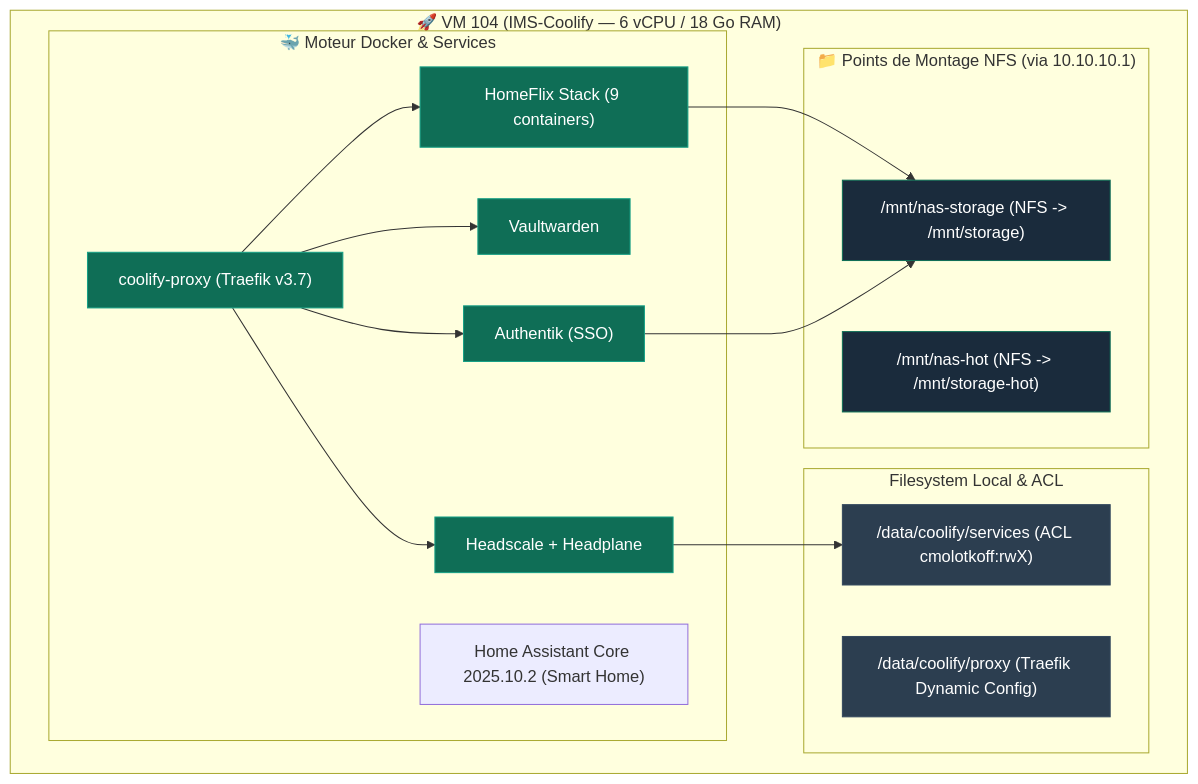
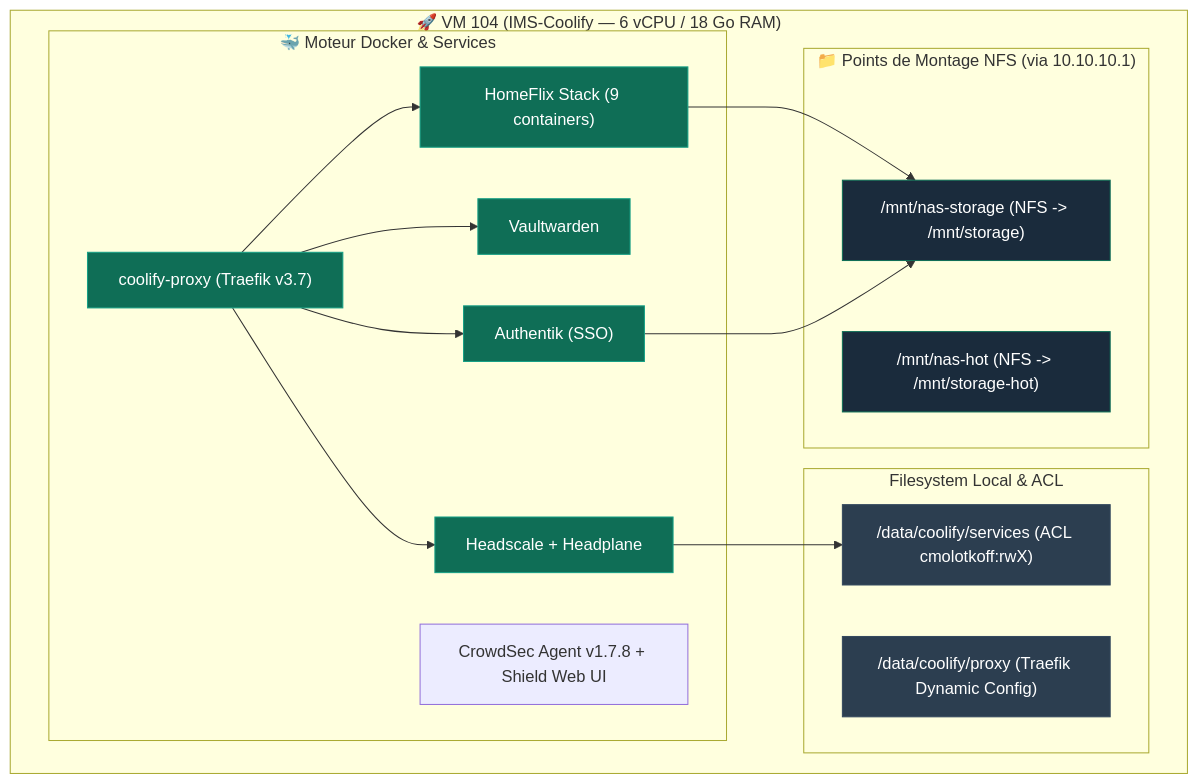
One commit to ims-world/docs changed the diagram in infrastructure/vm-coolify.md. Above: the diagram before and after it, drawn with Mermaid. The commit also changed 8 other files, not shown here.

Commit message:
docs: ajout de la fiche service CrowdSec & Shield Web UI, documentation du plugin Traefik, WAF AppSec et allowlists

````diff
--- a/infrastructure/vm-coolify.md
+++ b/infrastructure/vm-coolify.md
@@ -34,39 +34,39 @@
 ```mermaid
 graph TD
     subgraph VM ["🚀 VM 104 (IMS-Coolify — 6 vCPU / 18 Go RAM)"]
         subgraph FS ["Filesystem Local & ACL"]
             DATA["/data/coolify/services (ACL cmolotkoff:rwX)"]
             PROXY_CFG["/data/coolify/proxy (Traefik Dynamic Config)"]
         end
 
         subgraph DOCKER ["🐳 Moteur Docker & Services"]
             TRAEFIK["coolify-proxy (Traefik v3.7)"]
             AUTH["Authentik (SSO)"]
             VAULT["Vaultwarden"]
             HOMEFLIX["HomeFlix Stack (9 containers)"]
             HEADSCALE["Headscale + Headplane"]
-            HA["Home Assistant Core 2025.10.2 (Smart Home)"]
+            CROWDSEC["CrowdSec Agent v1.7.8 + Shield Web UI"]
         end
 
         subgraph NFS_MNT ["📁 Points de Montage NFS (via 10.10.10.1)"]
             MNT_STOR["/mnt/nas-storage (NFS -> /mnt/storage)"]
             MNT_HOT["/mnt/nas-hot (NFS -> /mnt/storage-hot)"]
         end
     end
 
     TRAEFIK --> AUTH
     TRAEFIK --> VAULT
     TRAEFIK --> HOMEFLIX
     TRAEFIK --> HEADSCALE
 
     HOMEFLIX --> MNT_STOR
     AUTH --> MNT_STOR
     HEADSCALE --> DATA
 
     classDef vm fill:#2c3e50,stroke:#34495e,color:#fff;
     classDef docker fill:#0F6E56,stroke:#16A085,color:#fff;
     classDef nfs fill:#1a2b3c,stroke:#0F6E56,color:#fff;
     class DATA,PROXY_CFG vm;
     class TRAEFIK,AUTH,VAULT,HOMEFLIX,HEADSCALE docker;
     class MNT_STOR,MNT_HOT nfs;
 ```
````
